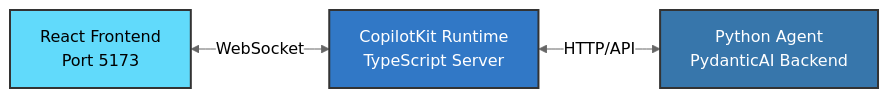
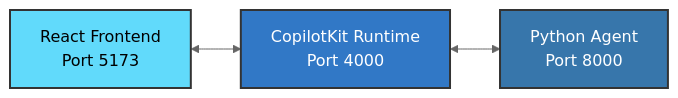
Before and after one commit to ynnckth/agentic-ai-demo: the diagram in 05_basic_ui/README.md, drawn with Mermaid (neutral theme). The commit also changed other lines of this file and 1 other file, not shown here.

````diff
--- a/05_basic_ui/README.md
+++ b/05_basic_ui/README.md
@@ -49,9 +49,9 @@
 ```mermaid
 graph LR
-    A[React Frontend<br/>Port 5173] <-->|WebSocket| B[CopilotKit Runtime<br/>TypeScript Server]
-    B <-->|HTTP/API| C[Python Agent<br/>PydanticAI Backend]
+    A[React Frontend<br/>Port 5173] <--> B[CopilotKit Runtime<br/>Port 4000]
+    B <--> C[Python Agent<br/>Port 8000]
     
     style A fill:#61dafb,stroke:#333,stroke-width:2px,color:#000
     style B fill:#3178c6,stroke:#333,stroke-width:2px,color:#fff
     style C fill:#3776ab,stroke:#333,stroke-width:2px,color:#fff
 ```
````
